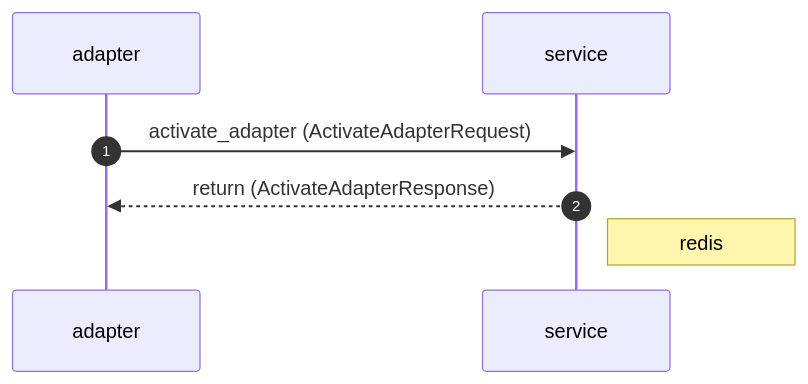
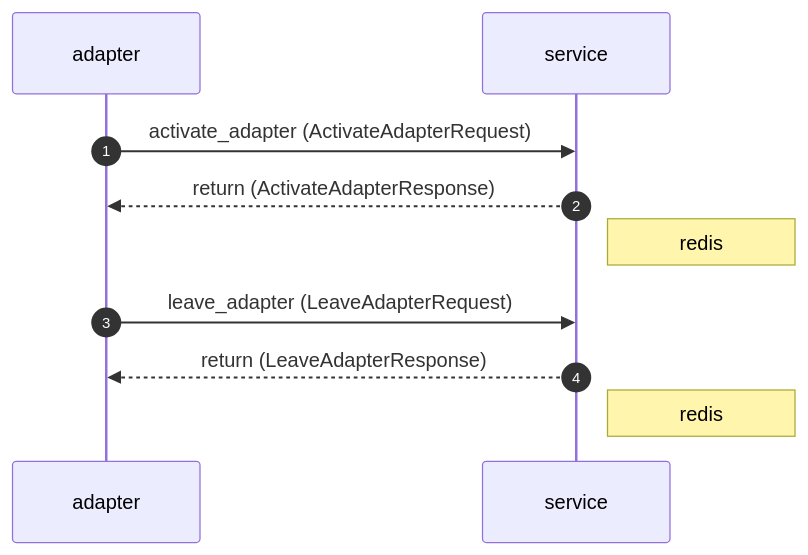
Before and after one commit to FutureOrientedGB/plc_control: the second of 7 diagrams in README.md, drawn with Mermaid. The commit also changed other lines of this file and 16 other files, not shown here.

````diff
--- a/README.md
+++ b/README.md
@@ -13,11 +13,16 @@
 ```mermaid
 sequenceDiagram
     autonumber
     participant adapter
     participant service
 
 adapter->>service: activate_adapter (ActivateAdapterRequest)
 service-->>adapter: return (ActivateAdapterResponse)
 
 Note right of service: redis
+
+adapter->>service: leave_adapter (LeaveAdapterRequest)
+service-->>adapter: return (LeaveAdapterResponse)
+
+Note right of service: redis
 ```
````
